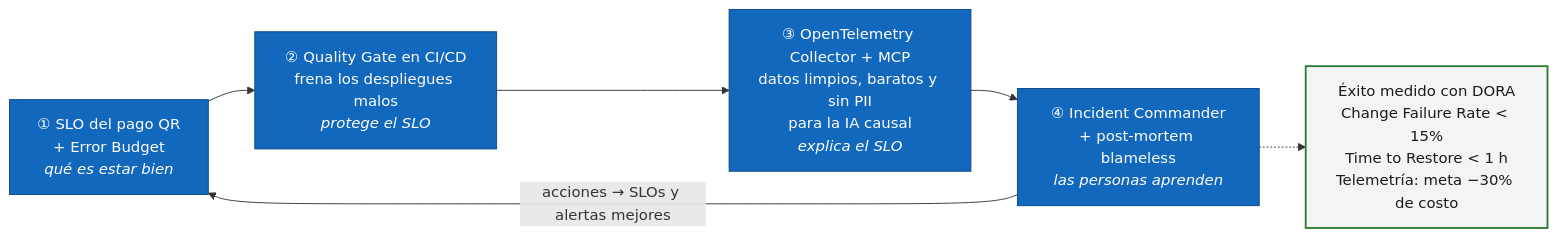
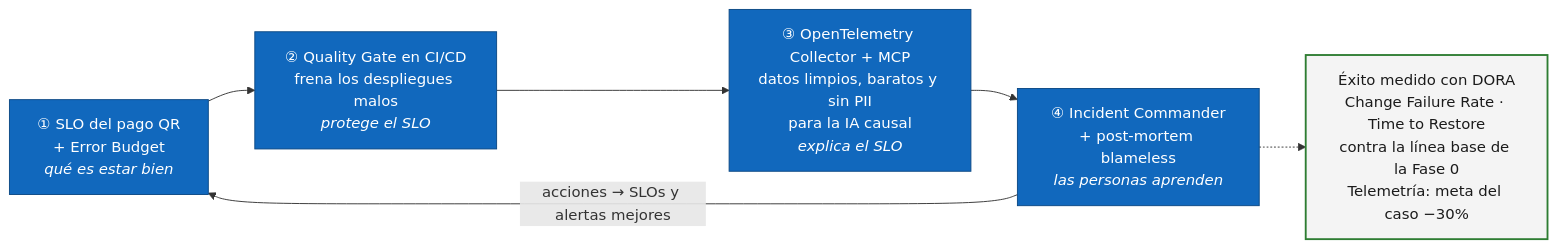
Before and after one commit to locosebas/necesidadesYGrafos: the first of 12 diagrams in devops-senior/temas/25-davivienda-sre-observabilidad/presentacion-libreto.md, drawn with Mermaid. The commit also changed other lines of this file, not shown here.

Commit message:
Reescribir el libreto (versión 2) con las decisiones revisadas del análisis de alternativas

````diff
--- a/devops-senior/temas/25-davivienda-sre-observabilidad/presentacion-libreto.md
+++ b/devops-senior/temas/25-davivienda-sre-observabilidad/presentacion-libreto.md
@@ -27,17 +51,17 @@
 ```mermaid
 flowchart LR
     slo["① SLO del pago QR<br/>+ Error Budget<br/><i>qué es estar bien</i>"]
     gate["② Quality Gate en CI/CD<br/>frena los despliegues malos<br/><i>protege el SLO</i>"]
     otel["③ OpenTelemetry Collector + MCP<br/>datos limpios, baratos y sin PII<br/>para la IA causal<br/><i>explica el SLO</i>"]
     ic["④ Incident Commander<br/>+ post-mortem blameless<br/><i>las personas aprenden</i>"]
-    exito["Éxito medido con DORA<br/>Change Failure Rate < 15%<br/>Time to Restore < 1 h<br/>Telemetría: meta −30% de costo"]
+    exito["Éxito medido con DORA<br/>Change Failure Rate · Time to Restore<br/>contra la línea base de la Fase 0<br/>Telemetría: meta del caso −30%"]
 
     slo --> gate --> otel --> ic
     ic -- "acciones → SLOs y alertas mejores" --> slo
     ic -.-> exito
 
     classDef eje fill:#1168bd,stroke:#0b4884,color:#ffffff
     classDef meta fill:#f4f4f4,stroke:#2e7d32,color:#1b1b1b,stroke-width:2px
     class slo,gate,otel,ic eje
     class exito meta
 ```
````
